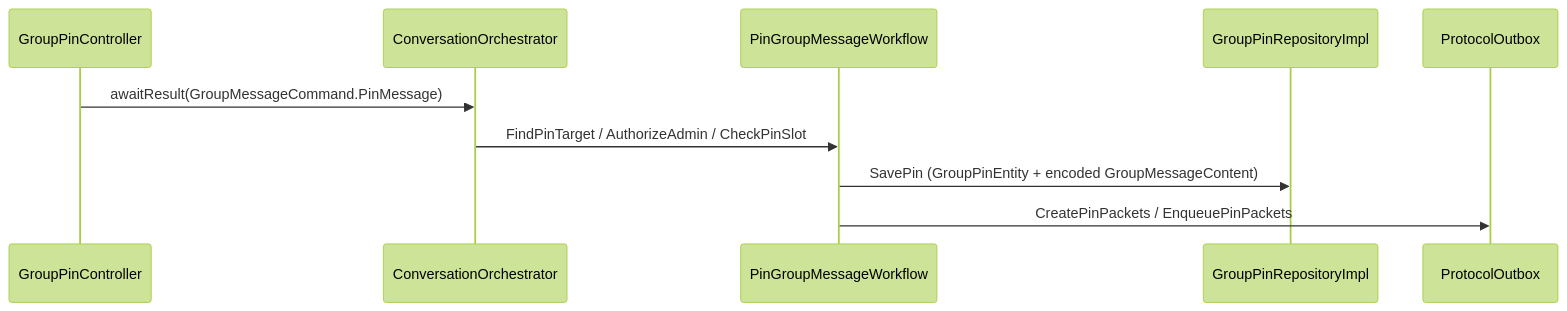
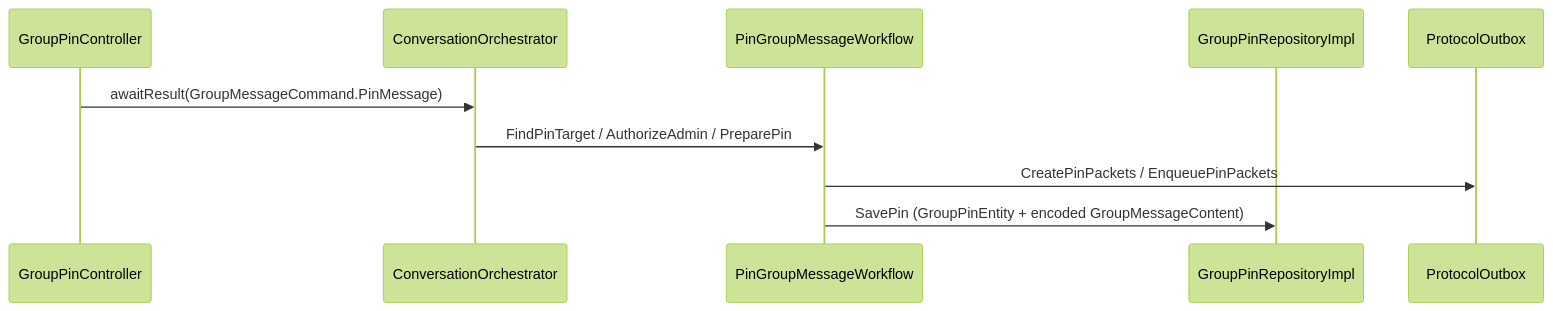
The diagram in docs/features/pinned-messages.md (cbgm/Sparrow), drawn with Mermaid (forest theme) before and after one commit. The commit also changed other lines of this file and 193 other files, not shown here.

````diff
--- a/docs/features/pinned-messages.md
+++ b/docs/features/pinned-messages.md
@@ -26,13 +26,13 @@
 ```mermaid
 sequenceDiagram
     participant UI as GroupPinController
     participant ORCH as ConversationOrchestrator
     participant WF as PinGroupMessageWorkflow
     participant R as GroupPinRepositoryImpl
     participant OUT as ProtocolOutbox
 
     UI->>ORCH: awaitResult(GroupMessageCommand.PinMessage)
-    ORCH->>WF: FindPinTarget / AuthorizeAdmin / CheckPinSlot
+    ORCH->>WF: FindPinTarget / AuthorizeAdmin / PreparePin
+    WF->>OUT: CreatePinPackets / EnqueuePinPackets
     WF->>R: SavePin (GroupPinEntity + encoded GroupMessageContent)
-    WF->>OUT: CreatePinPackets / EnqueuePinPackets
 ```
````
